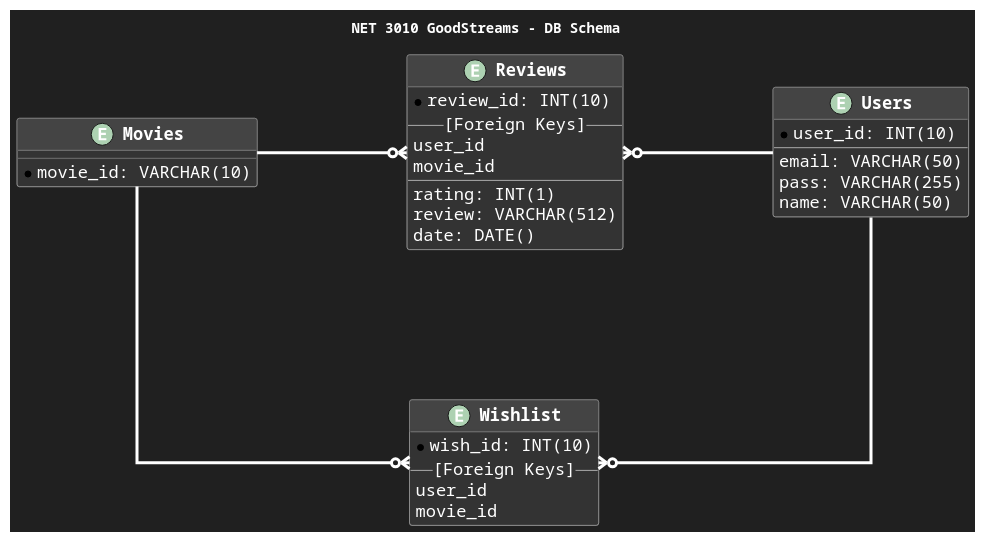
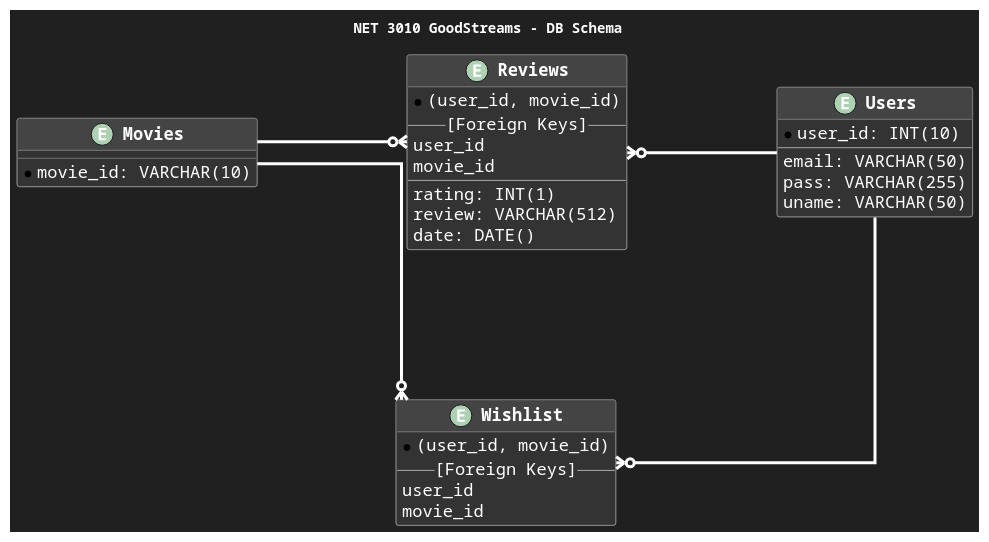
The diagram in schema.puml (FusionStreak/GoodStreams), drawn with PlantUML before and after one commit. The commit also changed 1 other file, not shown here.

```diff
--- a/schema.puml
+++ b/schema.puml
@@ -1,61 +1,61 @@
 @startuml Schema
 
 skinparam{
     backgroundColor #202020
     defaultFontName Courier
     defaultFontColor #FFFFFF
 
     ClassBackgroundColor #333333
     ClassBorderColor #AAAAAA
     ClassHeaderBackgroundColor #444444
     ClassFontSize 19
     ClassFontStyle bold
     ClassAttributeFontSize 17
     
 
     Linetype ortho
     Nodesep 150
     Ranksep 150
     ArrowThickness 3
     ArrowColor #FFFFFF
   
 }
 
 title NET 3010 GoodStreams - DB Schema
 
 entity Users {
     *user_id: INT(10)
     --
     email: VARCHAR(50)
     pass: VARCHAR(255)
-    name: VARCHAR(50)
+    uname: VARCHAR(50)
 }
 
 entity Movies {
     *movie_id: VARCHAR(10)
 }
 
 entity Wishlist {
-    *wish_id: INT(10)
+    *(user_id, movie_id)
     --[Foreign Keys]--
     user_id
     movie_id
 }
 
 entity Reviews {
-    *review_id: INT(10)
+    *(user_id, movie_id)
     --[Foreign Keys]--
     user_id
     movie_id
     --
     rating: INT(1)
     review: VARCHAR(512)
     date: DATE()
 }
 
 Users -d-o{ Wishlist
 Users -l-o{ Reviews
 Movies -o{ Wishlist
 Movies -o{ Reviews
 
 @enduml
```
